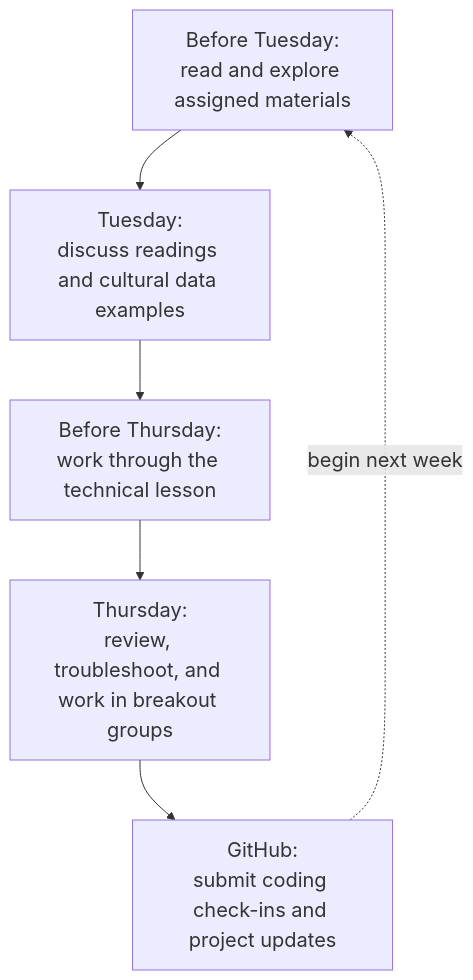
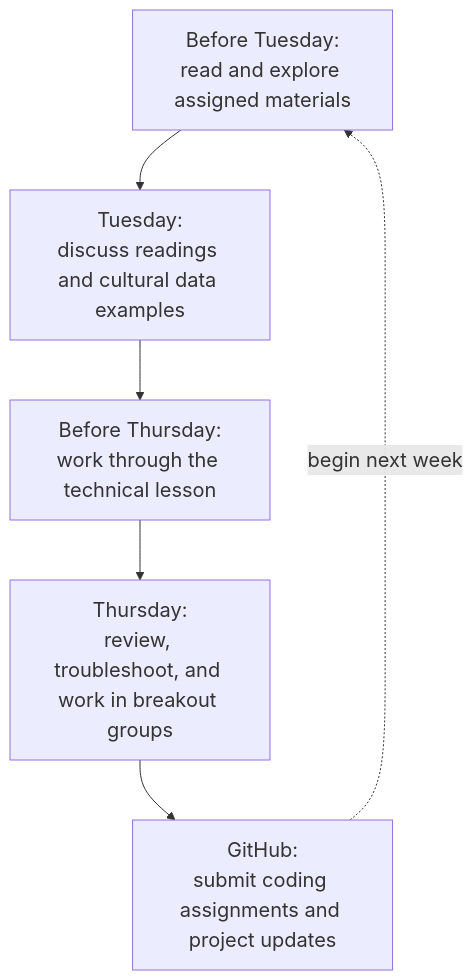
Before and after one commit to CultureAsData-UIUC/is310-fall-2026: the diagram in assessments/02-weekly-assessments.qmd, drawn with Mermaid. The commit also changed other lines of this file and 7 other files, not shown here.

````diff
--- a/assessments/02-weekly-assessments.qmd
+++ b/assessments/02-weekly-assessments.qmd
@@ -20,9 +20,9 @@
 ```{mermaid}
 %%{init: {"themeVariables": {"fontSize": "20px"}, "flowchart": {"nodeSpacing": 55, "rankSpacing": 60}} }%%
 flowchart TD
   A[Before Tuesday:<br/>read and explore assigned materials] --> B[Tuesday:<br/>discuss readings and cultural data examples]
   B --> C[Before Thursday:<br/>work through the technical lesson]
   C --> D[Thursday:<br/>review, troubleshoot, and work in breakout groups]
-  D --> E[GitHub:<br/>submit coding check-ins and project updates]
+  D --> E[GitHub:<br/>submit coding assignments and project updates]
   E -. begin next week .-> A
 ```
````
